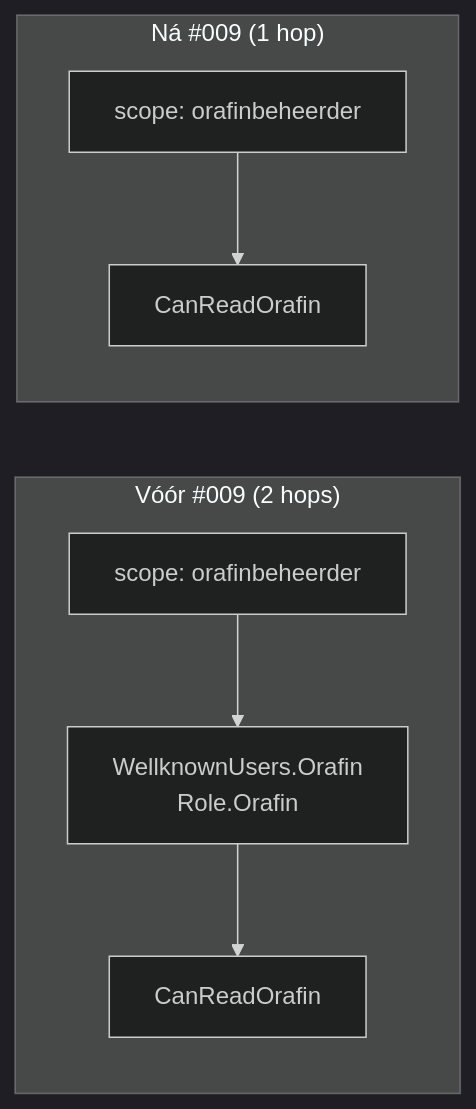
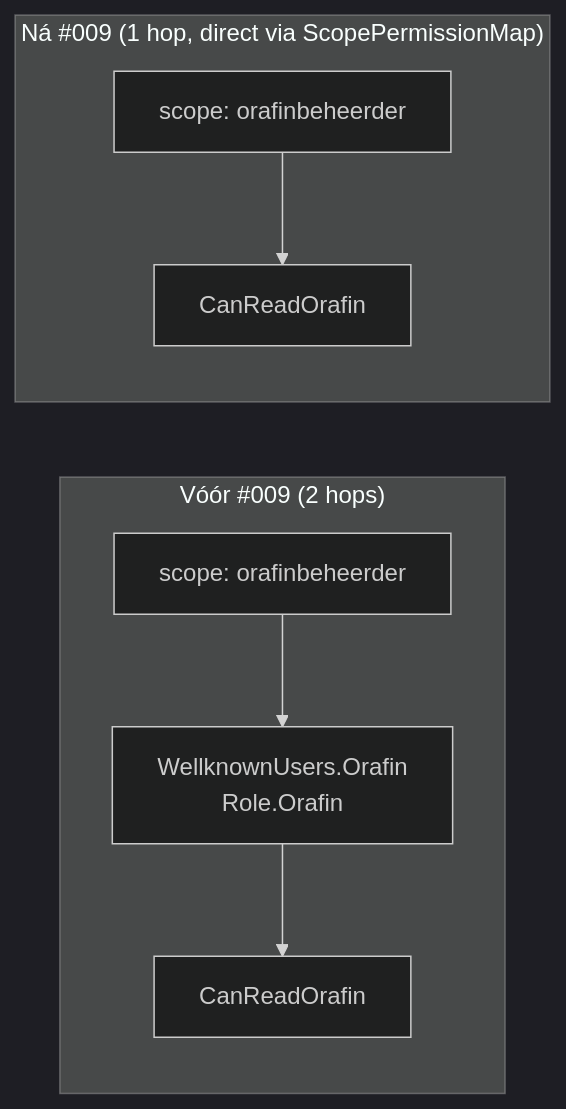
The fourth of 7 diagrams in specs/009-permission-based-authz/security-architecture.md (Informatievlaanderen/organisation-registry), drawn with Mermaid (dark theme) before and after one commit. The commit also changed other lines of this file and 3 other files, not shown here.

````diff
--- a/specs/009-permission-based-authz/security-architecture.md
+++ b/specs/009-permission-based-authz/security-architecture.md
@@ -200,9 +213,9 @@
 ```mermaid
 flowchart LR
     subgraph Voor["Vóór #009 (2 hops)"]
         S1[scope: orafinbeheerder] --> W1[WellknownUsers.Orafin<br/>Role.Orafin] --> P1[CanReadOrafin]
     end
-    subgraph Na["Ná #009 (1 hop)"]
+    subgraph Na["Ná #009 (1 hop, direct via ScopePermissionMap)"]
         S2[scope: orafinbeheerder] --> P2[CanReadOrafin]
     end
 ```
````
